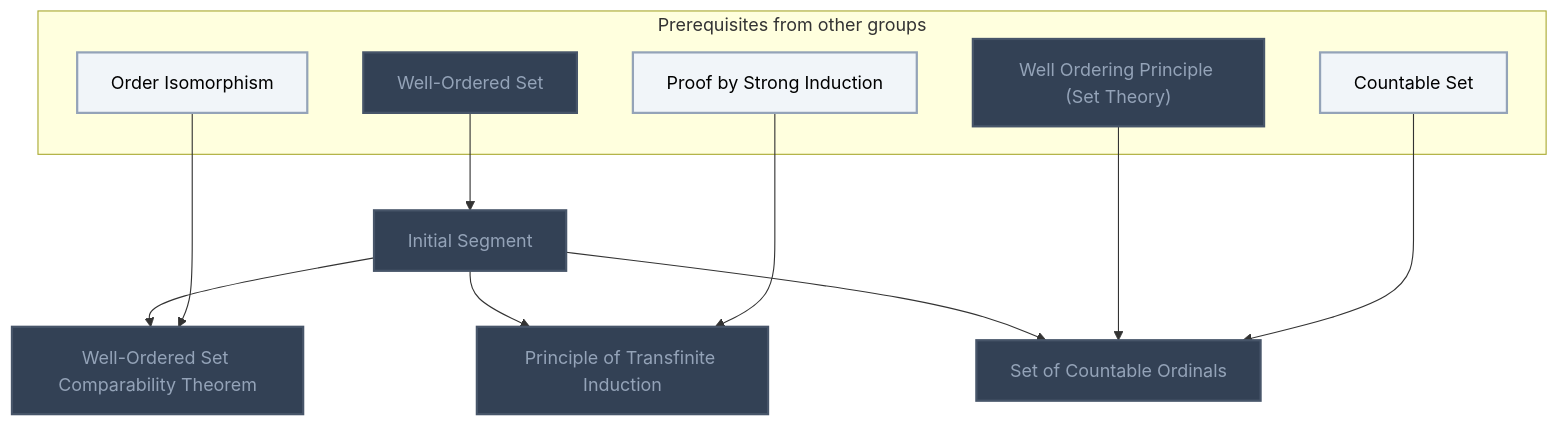
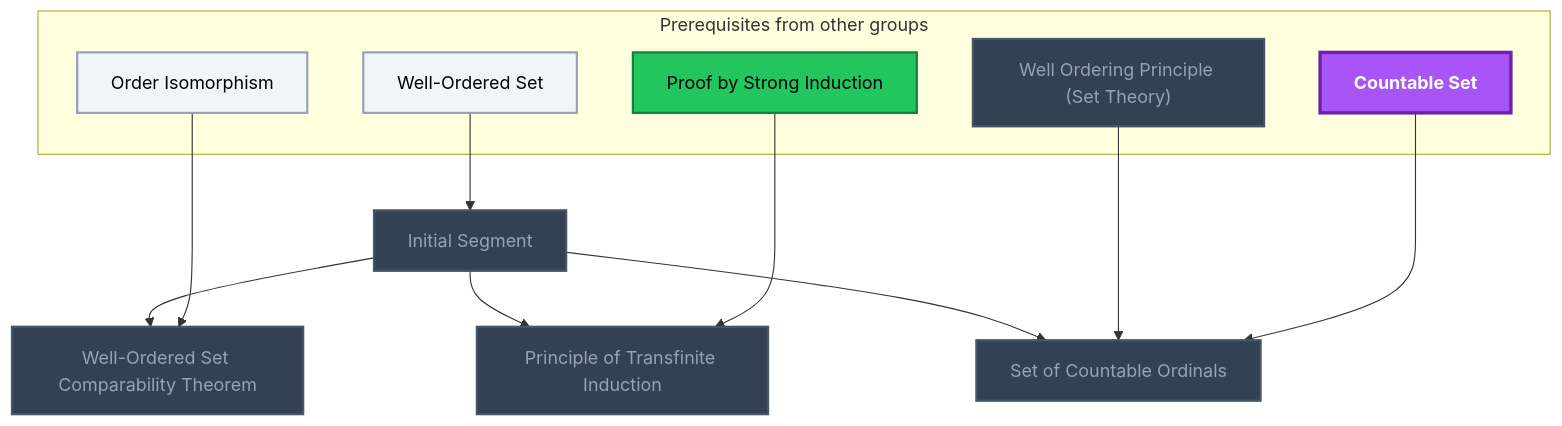
One commit to MRauf1/My-Notes changed the fourth of 13 diagrams in Gamification/Skill Trees/Measure Theory.md. Above: the diagram before and after it, drawn with Mermaid. The commit also changed other lines of this file and 145 other files, not shown here.

````diff
--- a/Gamification/Skill Trees/Measure Theory.md
+++ b/Gamification/Skill Trees/Measure Theory.md
@@ -118,34 +120,36 @@
 ```mermaid
 flowchart TD
     classDef planned fill:#1E293B,stroke:#64748B,stroke-width:2px,stroke-dasharray:5 5,color:#94A3B8;
     classDef locked fill:#334155,stroke:#475569,stroke-width:2px,color:#94A3B8;
     classDef L0 fill:#F1F5F9,stroke:#94A3B8,stroke-width:2px,color:#000000;
     classDef L1 fill:#22C55E,stroke:#15803D,stroke-width:2px,color:#000000;
     classDef L2 fill:#3B82F6,stroke:#1D4ED8,stroke-width:3px,color:#FFFFFF;
     classDef L3 fill:#A855F7,stroke:#6B21A8,stroke-width:3px,color:#FFFFFF,font-weight:bold;
     classDef L4 fill:#F97316,stroke:#C2410C,stroke-width:4px,color:#000000,font-weight:bold;
     classDef L5 fill:#FFD700,stroke:#FF8C00,stroke-width:5px,color:#000000,font-weight:bold;
     classDef rusty stroke:#8B4513,stroke-width:4px,stroke-dasharray:3 3;
     subgraph sg_prereqs["Prerequisites from other groups"]
         n_well_ordered_set["Well-Ordered Set"]
         n_order_isomorphism["Order Isomorphism"]
         n_proof_by_strong_induction["Proof by Strong Induction"]
         n_well_ordering_principle_set_theory["Well Ordering Principle (Set Theory)"]
         n_countable_set["Countable Set"]
     end
     n_initial_segment["Initial Segment"]
     n_well_ordered_set_comparability_theorem["Well-Ordered Set Comparability Theorem"]
     n_principle_of_transfinite_induction["Principle of Transfinite Induction"]
     n_set_of_countable_ordinals["Set of Countable Ordinals"]
     n_well_ordered_set --> n_initial_segment
     n_initial_segment --> n_well_ordered_set_comparability_theorem
     n_order_isomorphism --> n_well_ordered_set_comparability_theorem
     n_initial_segment --> n_principle_of_transfinite_induction
     n_proof_by_strong_induction --> n_principle_of_transfinite_induction
     n_initial_segment --> n_set_of_countable_ordinals
     n_well_ordering_principle_set_theory --> n_set_of_countable_ordinals
     n_countable_set --> n_set_of_countable_ordinals
-    class n_well_ordered_set,n_well_ordering_principle_set_theory,n_initial_segment,n_well_ordered_set_comparability_theorem,n_principle_of_transfinite_induction,n_set_of_countable_ordinals locked;
-    class n_order_isomorphism,n_proof_by_strong_induction,n_countable_set L0;
+    class n_well_ordering_principle_set_theory,n_initial_segment,n_well_ordered_set_comparability_theorem,n_principle_of_transfinite_induction,n_set_of_countable_ordinals locked;
+    class n_well_ordered_set,n_order_isomorphism L0;
+    class n_proof_by_strong_induction L1;
+    class n_countable_set L3;
     class n_well_ordered_set,n_order_isomorphism,n_proof_by_strong_induction,n_well_ordering_principle_set_theory,n_countable_set,n_initial_segment,n_well_ordered_set_comparability_theorem,n_principle_of_transfinite_induction,n_set_of_countable_ordinals internal-link;
 ```
````
